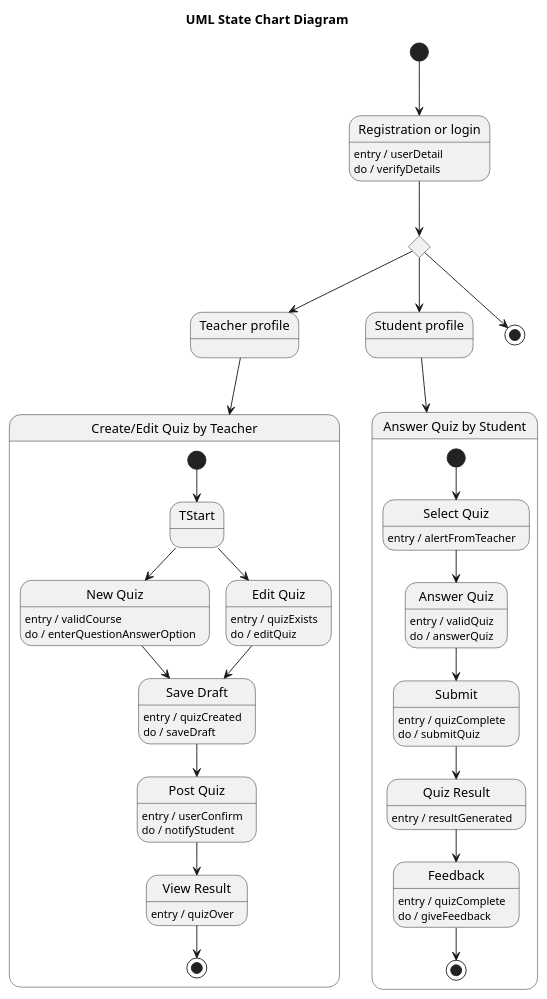
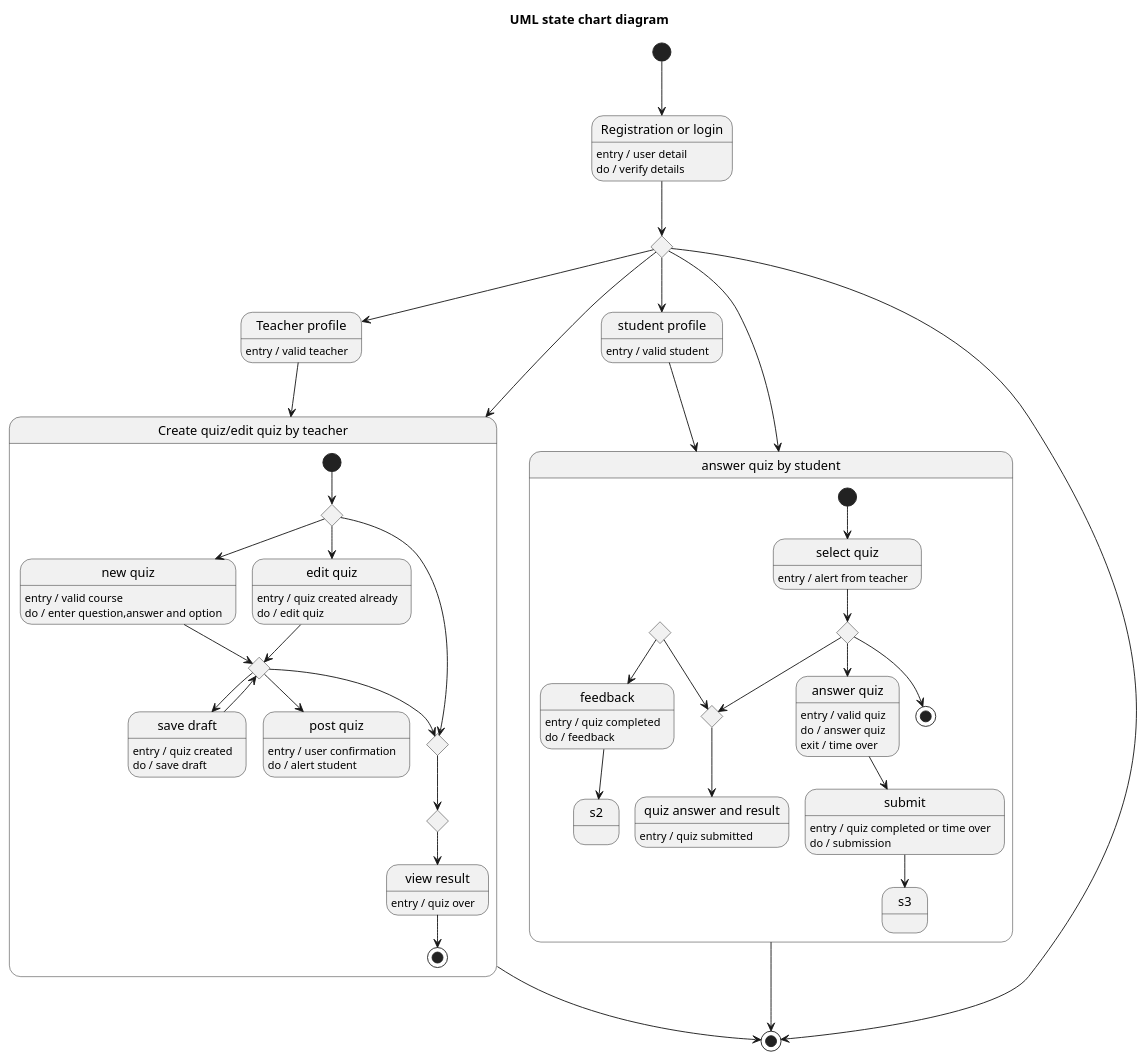
One commit to maimunafaria/State_transition_Diagram_generated_by_LLM changed the diagram in dataset/case_35_online_quiz_system/diagram.puml. Above: the diagram before and after it, drawn with PlantUML. The commit also changed 17 other files, not shown here.

```diff
--- a/dataset/case_35_online_quiz_system/diagram.puml
+++ b/dataset/case_35_online_quiz_system/diagram.puml
@@ -1,100 +1,113 @@
 @startuml
-title UML State Chart Diagram
-
-'========================
-' Top flow
-'========================
-[*] --> RegLogin
-
-state "Registration or login" as RegLogin
-RegLogin : entry / userDetail
-RegLogin : do / verifyDetails
-
-state ChoiceUser <<choice>>
-RegLogin --> ChoiceUser
+title UML state chart diagram
 
 state "Teacher profile" as TeacherProfile
-state "Student profile" as StudentProfile
+TeacherProfile : entry / valid teacher
 
-ChoiceUser --> TeacherProfile
-ChoiceUser --> StudentProfile
-ChoiceUser --> [*]
+state "Registration or login" as RegistrationLogin
+RegistrationLogin : entry / user detail
+RegistrationLogin : do / verify details
 
-'========================
-' Teacher side
-'========================
-state "Create/Edit Quiz by Teacher" as TeacherSystem {
+state "student profile" as StudentProfile
+StudentProfile : entry / valid student
 
-  [*] --> TStart
+state "Create quiz/edit quiz by teacher" as TeacherQuiz {
+  state "new quiz" as NewQuiz
+  NewQuiz : entry / valid course
+  NewQuiz : do / enter question,answer and option
 
-  state TStart <<choice>>
+  state "edit quiz" as EditQuiz
+  EditQuiz : entry / quiz created already
+  EditQuiz : do / edit quiz
 
-  state "New Quiz" as NewQuiz
-  state "Edit Quiz" as EditQuiz
-  state "Save Draft" as SaveDraft
-  state "Post Quiz" as PostQuiz
-  state "View Result" as ViewResult
+  state "save draft" as SaveDraft
+  SaveDraft : entry / quiz created
+  SaveDraft : do / save draft
 
-  NewQuiz : entry / validCourse
-  NewQuiz : do / enterQuestionAnswerOption
+  state "post quiz" as PostQuiz
+  PostQuiz : entry / user confirmation
+  PostQuiz : do / alert student
 
-  EditQuiz : entry / quizExists
-  EditQuiz : do / editQuiz
+  state "view result" as ViewResult
+  ViewResult : entry / quiz over
 
-  SaveDraft : entry / quizCreated
-  SaveDraft : do / saveDraft
+  state T1 <<choice>>
+  state T2 <<choice>>
+  state T3 <<choice>>
+  state T4 <<choice>>
 
-  PostQuiz : entry / userConfirm
-  PostQuiz : do / notifyStudent
+  [*] --> T1
+  T1 --> NewQuiz
+  T1 --> EditQuiz
+  T1 --> T3
+  NewQuiz --> T2
+  EditQuiz --> T2
 
-  ViewResult : entry / quizOver
+  T2 --> SaveDraft
+  T2 --> PostQuiz
+  SaveDraft --> T2
 
-  TStart --> NewQuiz
-  TStart --> EditQuiz
-
-  NewQuiz --> SaveDraft
-  EditQuiz --> SaveDraft
-
-  SaveDraft --> PostQuiz
-  PostQuiz --> ViewResult
+  T2 --> T3
+  T3 --> T4
+  T4 --> ViewResult
   ViewResult --> [*]
 }
 
-TeacherProfile --> TeacherSystem
+state "answer quiz by student" as StudentQuiz {
+  state "select quiz" as SelectQuiz
+  SelectQuiz : entry / alert from teacher
 
-'========================
-' Student side
-'========================
-state "Answer Quiz by Student" as StudentSystem {
+  state "answer quiz" as AnswerQuiz
+  AnswerQuiz : entry / valid quiz
+  AnswerQuiz : do / answer quiz
+  AnswerQuiz : exit / time over
+
+  state "quiz answer and result" as QuizResult
+  QuizResult : entry / quiz submitted
+
+  state "submit" as SubmitQuiz
+  SubmitQuiz : entry / quiz completed or time over
+  SubmitQuiz : do / submission
+
+  state "feedback" as Feedback
+  Feedback : entry / quiz completed
+  Feedback : do / feedback
+
+  state S1 <<choice>>
+  state S2 <<choice>>
+  state S3 <<choice>>
 
   [*] --> SelectQuiz
+  SelectQuiz --> S1
 
-  state "Select Quiz" as SelectQuiz
-  state "Answer Quiz" as AnswerQuiz
-  state "Submit" as Submit
-  state "Quiz Result" as Result
-  state "Feedback" as Feedback
-
-  SelectQuiz : entry / alertFromTeacher
-
-  AnswerQuiz : entry / validQuiz
-  AnswerQuiz : do / answerQuiz
-
-  Submit : entry / quizComplete
-  Submit : do / submitQuiz
-
-  Result : entry / resultGenerated
-
-  Feedback : entry / quizComplete
-  Feedback : do / giveFeedback
-
-  SelectQuiz --> AnswerQuiz
-  AnswerQuiz --> Submit
-  Submit --> Result
-  Result --> Feedback
-  Feedback --> [*]
+  S1 --> AnswerQuiz
+  S1 --> S2
+  S1 --> [*]
+  S2 --> QuizResult
+  S3 --> S2
+  Feedback -->s2
+  S3 --> Feedback
+  SubmitQuiz --> s3
+  AnswerQuiz --> SubmitQuiz
 }
 
-StudentProfile --> StudentSystem
+state TopJoin <<choice>>
+
+[*] --> RegistrationLogin
+
+RegistrationLogin --> TopJoin
+TopJoin  --> TeacherProfile
+TopJoin  --> StudentProfile
+
+
+TopJoin --> TeacherQuiz
+TopJoin --> StudentQuiz
+TopJoin --> [*]
+
+TeacherProfile --> TeacherQuiz
+StudentProfile --> StudentQuiz
+
+TeacherQuiz -->  [*]
+StudentQuiz -->  [*]
 
 @enduml
```
